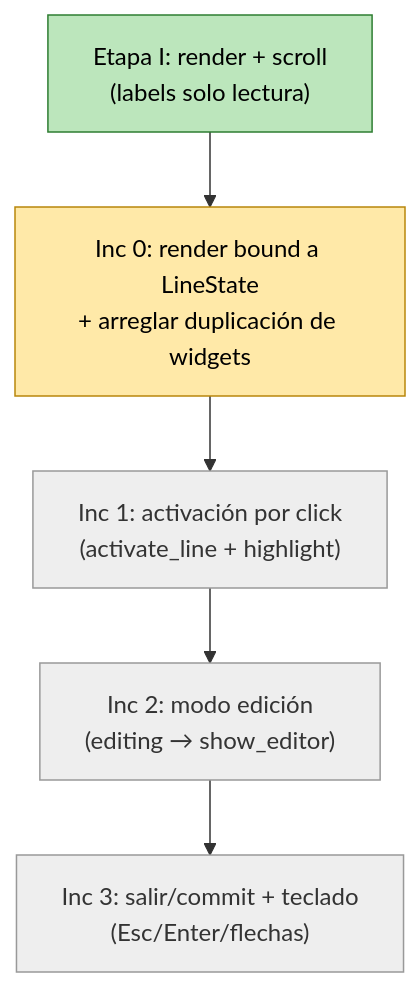
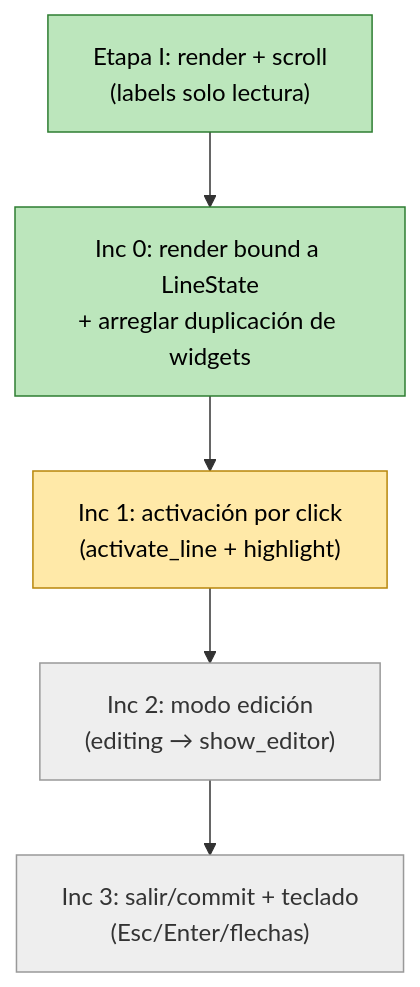
The fourth of 4 diagrams in kivy_mpbe_widgets/wg_markdown2/docs/arquitectura.md (martin-bellanca/kivy_mpe_widgets), drawn with Mermaid before and after one commit. The commit also changed other lines of this file and 2 other files, not shown here.

First line of the commit message:
feat(wg_markdown2): Inc 0 - render de líneas bound a LineState

````diff
--- a/kivy_mpbe_widgets/wg_markdown2/docs/arquitectura.md
+++ b/kivy_mpbe_widgets/wg_markdown2/docs/arquitectura.md
@@ -200,14 +211,14 @@
 ```mermaid
 flowchart TD
     E1["Etapa I: render + scroll<br/>(labels solo lectura)"]:::done
-    I0["Inc 0: render bound a LineState<br/>+ arreglar duplicación de widgets"]:::wip
-    I1["Inc 1: activación por click<br/>(activate_line + highlight)"]:::todo
+    I0["Inc 0: render bound a LineState<br/>+ arreglar duplicación de widgets"]:::done
+    I1["Inc 1: activación por click<br/>(activate_line + highlight)"]:::wip
     I2["Inc 2: modo edición<br/>(editing → show_editor)"]:::todo
     I3["Inc 3: salir/commit + teclado<br/>(Esc/Enter/flechas)"]:::todo
 
     E1 --> I0 --> I1 --> I2 --> I3
 
     classDef done fill:#bce6bc,stroke:#2e7d32,color:#000;
     classDef wip fill:#ffe9a8,stroke:#b8860b,color:#000;
     classDef todo fill:#eeeeee,stroke:#999,color:#333;
 ```
````
